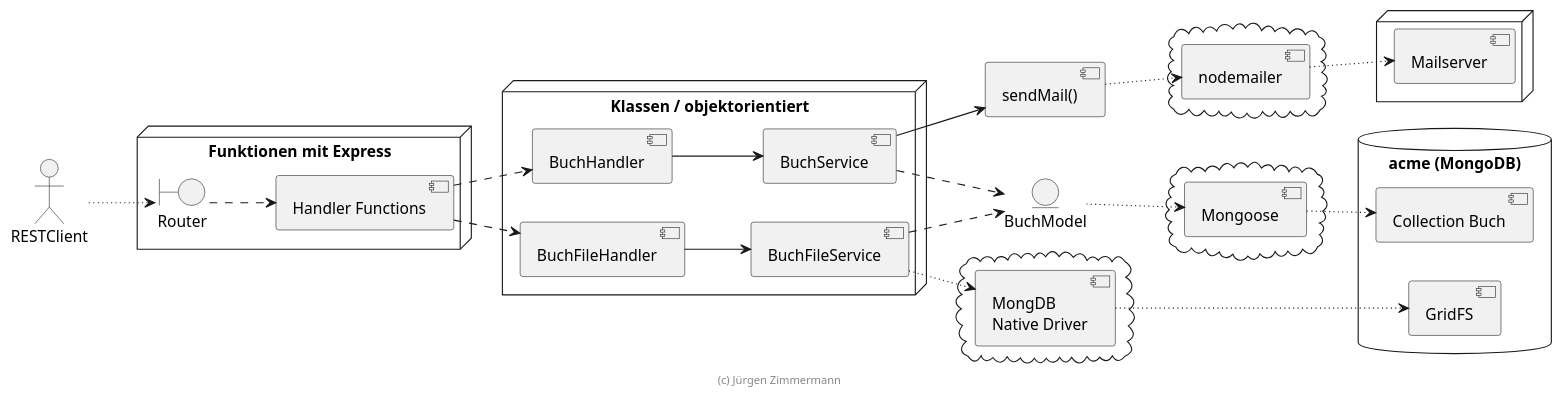
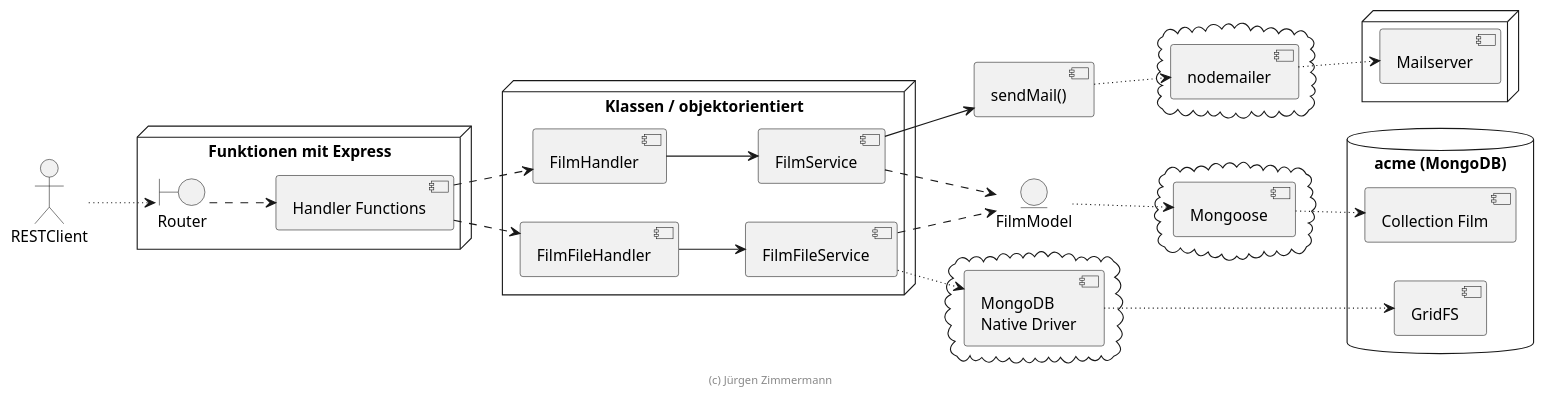
One commit to tanermemili/ss21_swe_grp5_abgabe1-1 changed the diagram in doc/entwicklerhandbuch/komponenten.puml. Above: the diagram before and after it, drawn with PlantUML. The commit also changed 25 other files, not shown here.

```diff
--- a/doc/entwicklerhandbuch/komponenten.puml
+++ b/doc/entwicklerhandbuch/komponenten.puml
@@ -15,69 +15,69 @@
 @startuml Komponenten
 
 skinparam componentStyle uml2
 
 left to right direction
 
 actor RESTClient
 
 node "Funktionen mit Express" {
   boundary Router
   [Handler Functions]
 }
 
 node "Klassen / objektorientiert" {
-  [BuchHandler]
-  [BuchFileHandler]
+  [FilmHandler]
+  [FilmFileHandler]
 
-  [BuchService]
-  [BuchFileService]
+  [FilmService]
+  [FilmFileService]
 }
 
 [sendMail()] as sendMail
 
-entity BuchModel
+entity FilmModel
 
 cloud {
     [Mongoose]
 }
 
 cloud {
-    [MongDB\nNative Driver]
+    [MongoDB\nNative Driver]
 }
 
 cloud {
     [nodemailer]
 }
 
 database "acme (MongoDB)" {
-    [Collection Buch]
+    [Collection Film]
     [GridFS]
 }
 
 node {
     [Mailserver]
 }
 
 
 RESTClient ~~> [Router]
 [Router] ..> [Handler Functions]
-[Handler Functions] ..> [BuchHandler]
-[Handler Functions] ..> [BuchFileHandler]
+[Handler Functions] ..> [FilmHandler]
+[Handler Functions] ..> [FilmFileHandler]
 
-[BuchHandler] --> [BuchService]
-[BuchFileHandler] --> [BuchFileService]
-[BuchService] ..> [BuchModel]
-[BuchFileService] ..> [BuchModel]
+[FilmHandler] --> [FilmService]
+[FilmFileHandler] --> [FilmFileService]
+[FilmService] ..> [FilmModel]
+[FilmFileService] ..> [FilmModel]
 
-[BuchModel] ~~> [Mongoose]
-[BuchFileService] ~~> [MongDB\nNative Driver]
+[FilmModel] ~~> [Mongoose]
+[FilmFileService] ~~> [MongoDB\nNative Driver]
 [sendMail] ~~> [nodemailer]
-[Mongoose] ~~> [Collection Buch]
-[MongDB\nNative Driver] ~~> [GridFS]
+[Mongoose] ~~> [Collection Film]
+[MongoDB\nNative Driver] ~~> [GridFS]
 
-[BuchService] --> [sendMail]
+[FilmService] --> [sendMail]
 [nodemailer] ~~> [Mailserver]
 
 footer (c) Jürgen Zimmermann
 
 @enduml
```
